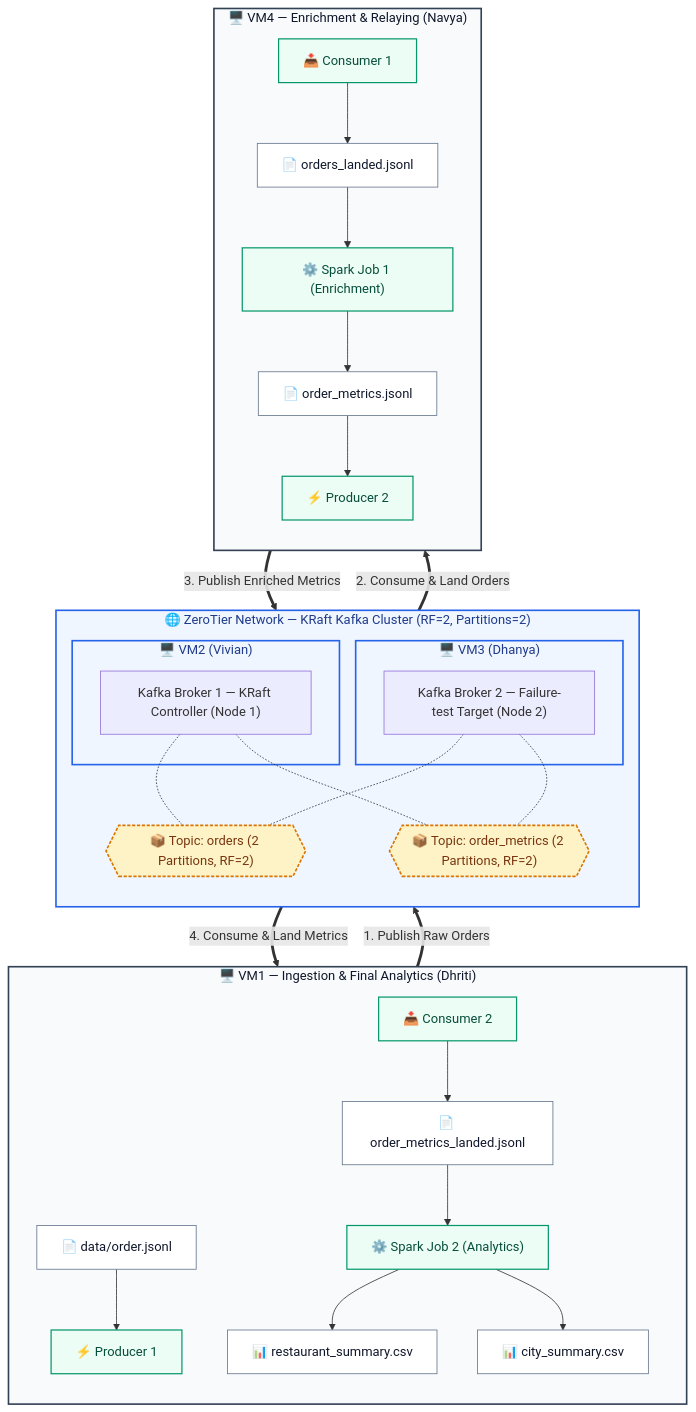
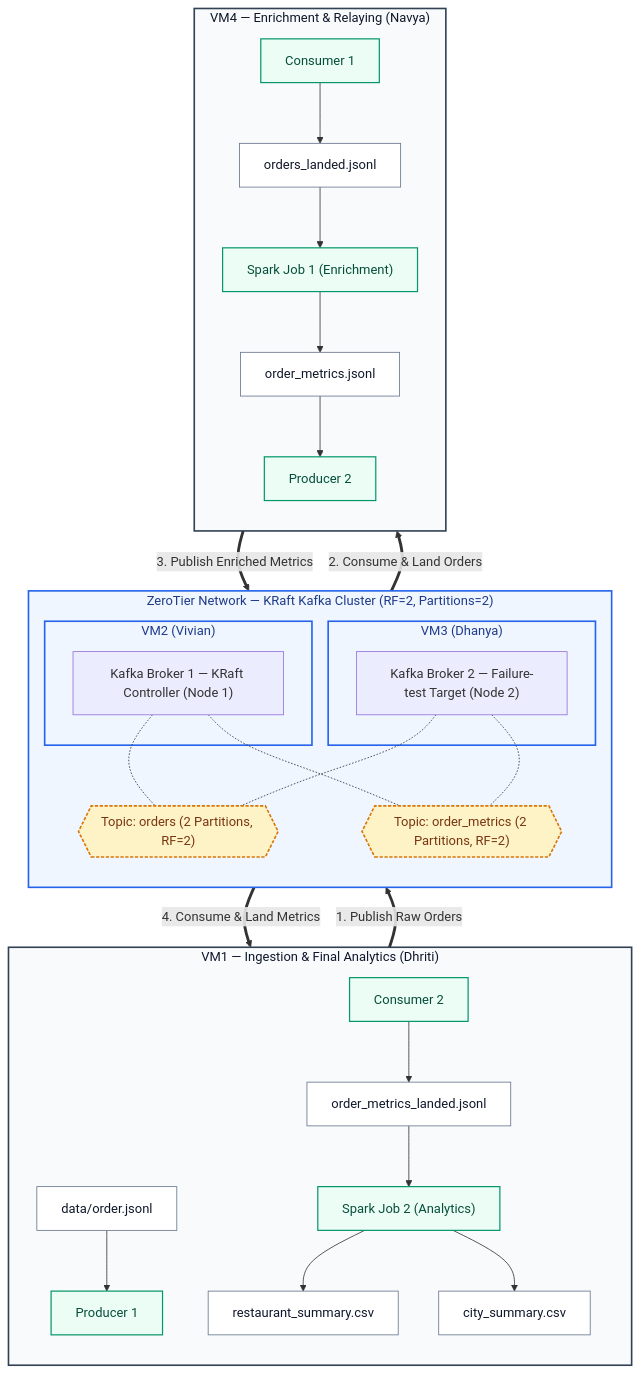
One commit to VivianSobers/distributed-food-ordering changed the first of 2 diagrams in README.md. Above: the diagram before and after it, drawn with Mermaid. The commit also changed other lines of this file, not shown here.

````diff
--- a/README.md
+++ b/README.md
@@ -55,54 +55,54 @@
 ```mermaid
 flowchart TD
-    subgraph VM1 ["🖥️ VM1 — Ingestion & Final Analytics (Dhriti)"]
+    subgraph VM1 ["VM1 — Ingestion & Final Analytics (Dhriti)"]
         direction TB
-        source["📄 data/order.jsonl"] --> producer1["⚡ Producer 1"]
-        consumer2["📥 Consumer 2"] --> landed2["📄 order_metrics_landed.jsonl"]
-        landed2 --> job2["⚙️ Spark Job 2 (Analytics)"]
-        job2 --> out_rest["📊 restaurant_summary.csv"]
-        job2 --> out_city["📊 city_summary.csv"]
+        source["data/order.jsonl"] --> producer1["Producer 1"]
+        consumer2["Consumer 2"] --> landed2["order_metrics_landed.jsonl"]
+        landed2 --> job2["Spark Job 2 (Analytics)"]
+        job2 --> out_rest["restaurant_summary.csv"]
+        job2 --> out_city["city_summary.csv"]
     end
 
-    subgraph KafkaCluster ["🌐 ZeroTier Network — KRaft Kafka Cluster (RF=2, Partitions=2)"]
+    subgraph KafkaCluster ["ZeroTier Network — KRaft Kafka Cluster (RF=2, Partitions=2)"]
         direction TB
-        subgraph VM2 ["🖥️ VM2 (Vivian)"]
+        subgraph VM2 ["VM2 (Vivian)"]
             broker1["Kafka Broker 1 — KRaft Controller (Node 1)"]
         end
-        subgraph VM3 ["🖥️ VM3 (Dhanya)"]
+        subgraph VM3 ["VM3 (Dhanya)"]
             broker2["Kafka Broker 2 — Failure-test Target (Node 2)"]
         end
-        ordersTopic{{"📦 Topic: orders (2 Partitions, RF=2)"}}
-        metricsTopic{{"📦 Topic: order_metrics (2 Partitions, RF=2)"}}
+        ordersTopic{{"Topic: orders (2 Partitions, RF=2)"}}
+        metricsTopic{{"Topic: order_metrics (2 Partitions, RF=2)"}}
 
         broker1 -.- ordersTopic
         broker2 -.- ordersTopic
         broker1 -.- metricsTopic
         broker2 -.- metricsTopic
     end
 
-    subgraph VM4 ["🖥️ VM4 — Enrichment & Relaying (Navya)"]
+    subgraph VM4 ["VM4 — Enrichment & Relaying (Navya)"]
         direction TB
-        consumer1["📥 Consumer 1"] --> landed1["📄 orders_landed.jsonl"]
-        landed1 --> job1["⚙️ Spark Job 1 (Enrichment)"]
-        job1 --> metricsFile["📄 order_metrics.jsonl"]
-        metricsFile --> producer2["⚡ Producer 2"]
+        consumer1["Consumer 1"] --> landed1["orders_landed.jsonl"]
+        landed1 --> job1["Spark Job 1 (Enrichment)"]
+        job1 --> metricsFile["order_metrics.jsonl"]
+        metricsFile --> producer2["Producer 2"]
     end
 
     %% Distributed Data Flow Links
     producer1 ==>|"1. Publish Raw Orders"| ordersTopic
     ordersTopic ==>|"2. Consume & Land Orders"| consumer1
     producer2 ==>|"3. Publish Enriched Metrics"| metricsTopic
     metricsTopic ==>|"4. Consume & Land Metrics"| consumer2
 
     classDef vmBox fill:#f8fafc,stroke:#334155,stroke-width:2px,color:#0f172a;
     classDef kafkaBox fill:#eff6ff,stroke:#2563eb,stroke-width:2px,color:#1e3a8a;
     classDef topicBox fill:#fef3c7,stroke:#d97706,stroke-width:2px,stroke-dasharray: 4 2,color:#78350f;
     classDef processBox fill:#ecfdf5,stroke:#059669,stroke-width:1.5px,color:#064e3b;
     classDef fileBox fill:#ffffff,stroke:#64748b,stroke-width:1px,color:#0f172a;
 
     class VM1,VM4 vmBox;
     class KafkaCluster,VM2,VM3 kafkaBox;
     class ordersTopic,metricsTopic topicBox;
     class producer1,producer2,consumer1,consumer2,job1,job2 processBox;
     class source,landed1,metricsFile,landed2,out_rest,out_city fileBox;
 ```
````
